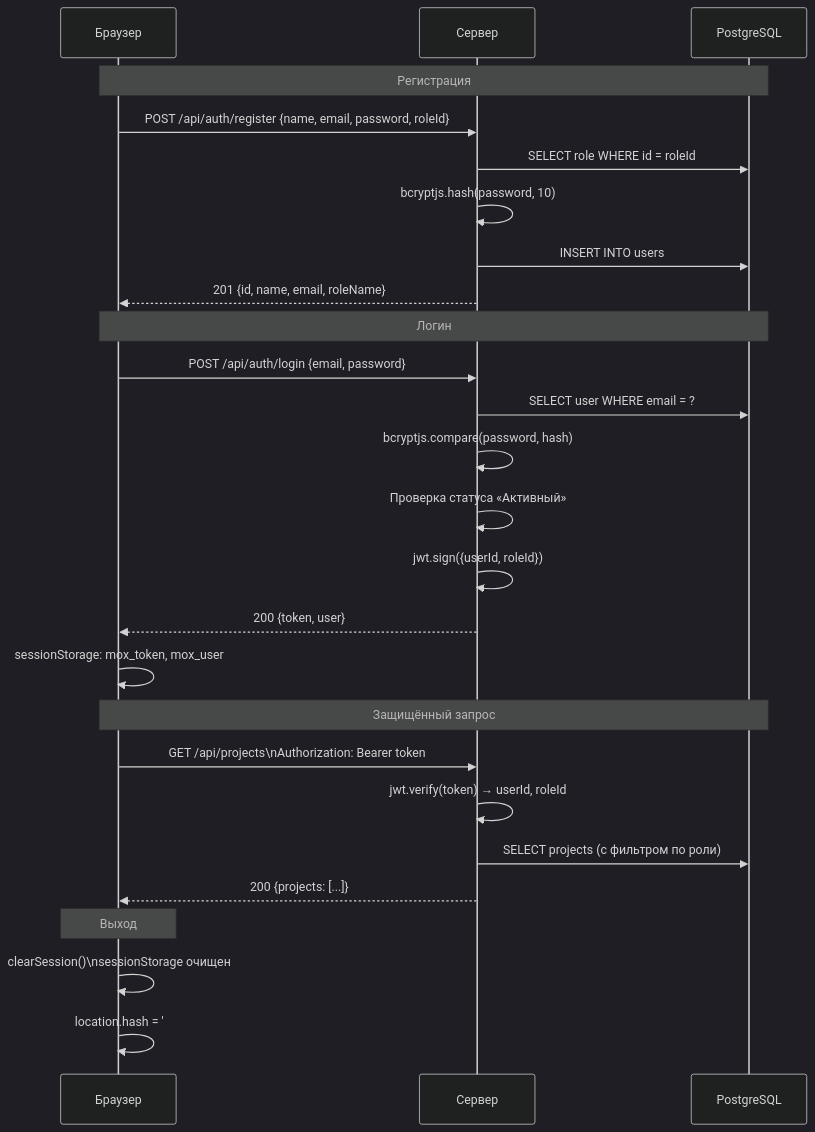
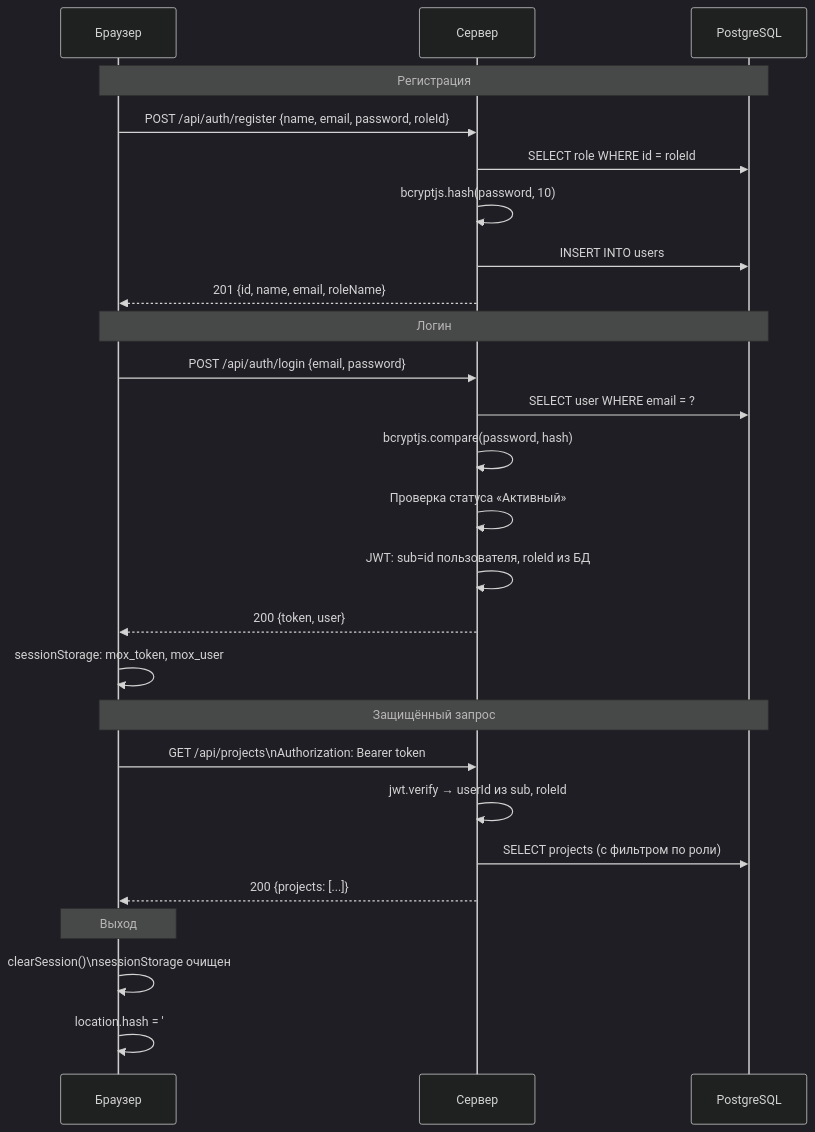
Before and after one commit to eQurane/mox: the eighth of 8 diagrams in report/README.md, drawn with Mermaid (dark theme). The commit also changed other lines of this file and 42 other files, not shown here.

````diff
--- a/report/README.md
+++ b/report/README.md
@@ -485,32 +515,32 @@
 ```mermaid
 sequenceDiagram
     participant B as Браузер
     participant S as Сервер
     participant DB as PostgreSQL
 
     Note over B,DB: Регистрация
     B->>S: POST /api/auth/register {name, email, password, roleId}
     S->>DB: SELECT role WHERE id = roleId
     S->>S: bcryptjs.hash(password, 10)
     S->>DB: INSERT INTO users
     S-->>B: 201 {id, name, email, roleName}
 
     Note over B,DB: Логин
     B->>S: POST /api/auth/login {email, password}
     S->>DB: SELECT user WHERE email = ?
     S->>S: bcryptjs.compare(password, hash)
     S->>S: Проверка статуса «Активный»
-    S->>S: jwt.sign({userId, roleId})
+    S->>S: JWT: sub=id пользователя, roleId из БД
     S-->>B: 200 {token, user}
     B->>B: sessionStorage: mox_token, mox_user
 
     Note over B,DB: Защищённый запрос
     B->>S: GET /api/projects\nAuthorization: Bearer token
-    S->>S: jwt.verify(token) → userId, roleId
+    S->>S: jwt.verify → userId из sub, roleId
     S->>DB: SELECT projects (с фильтром по роли)
     S-->>B: 200 {projects: [...]}
 
     Note over B: Выход
     B->>B: clearSession()\nsessionStorage очищен
     B->>B: location.hash = '#/login'
 ```
````
